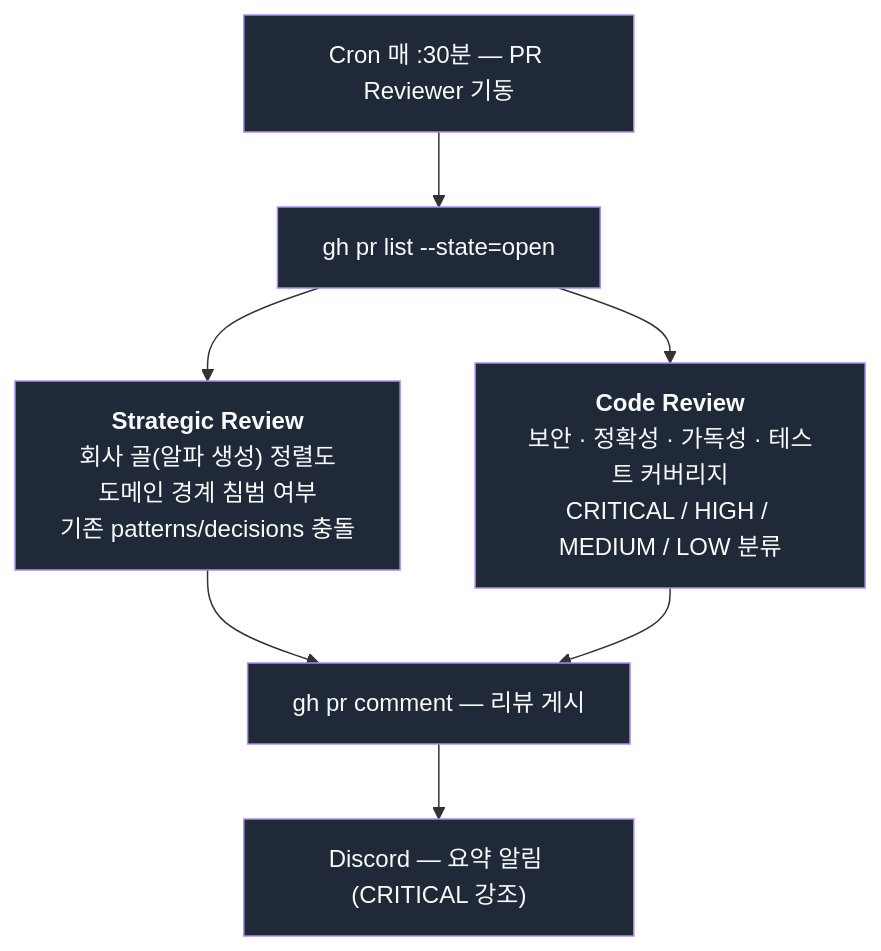
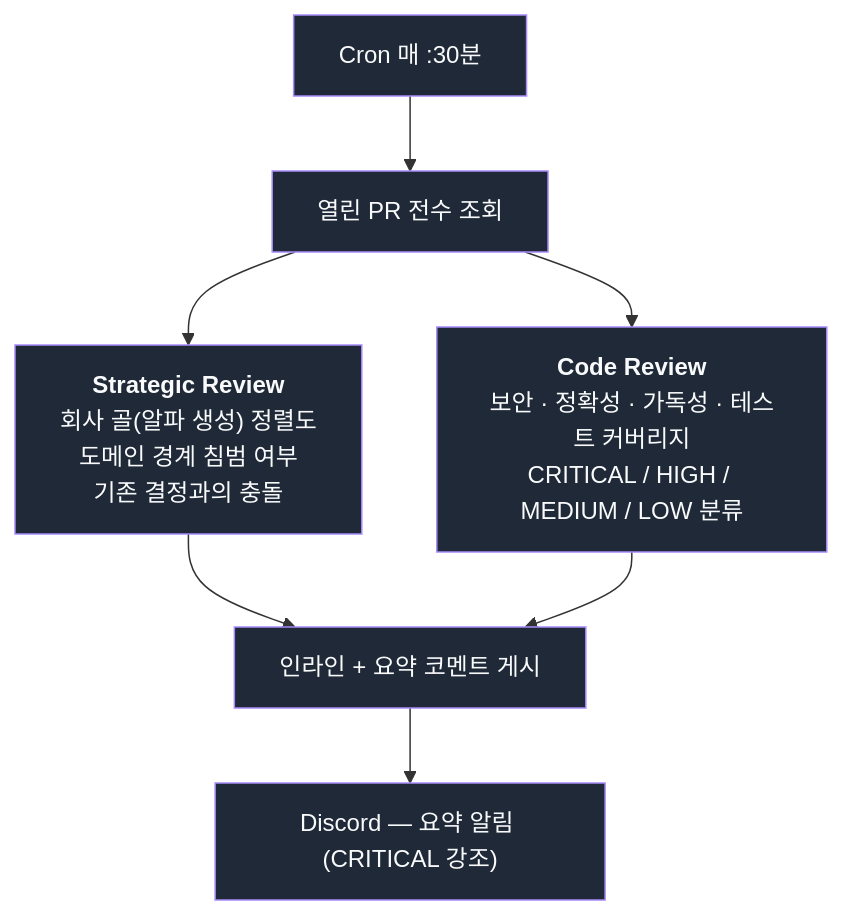
Before and after one commit to sossost/market-analyst-showcase: the second of 2 diagrams in docs/autonomous-operations.md, drawn with Mermaid. The commit also changed other lines of this file and 6 other files, not shown here.

````diff
--- a/docs/autonomous-operations.md
+++ b/docs/autonomous-operations.md
@@ -105,19 +108,19 @@
 ```mermaid
 flowchart TB
-    A["Cron 매 :30분 — PR Reviewer 기동"]
-    B["gh pr list --state=open"]
-    SR["<b>Strategic Review</b><br/>회사 골(알파 생성) 정렬도<br/>도메인 경계 침범 여부<br/>기존 patterns/decisions 충돌"]
+    A["Cron 매 :30분"]
+    B["열린 PR 전수 조회"]
+    SR["<b>Strategic Review</b><br/>회사 골(알파 생성) 정렬도<br/>도메인 경계 침범 여부<br/>기존 결정과의 충돌"]
     CR["<b>Code Review</b><br/>보안 · 정확성 · 가독성 · 테스트 커버리지<br/>CRITICAL / HIGH / MEDIUM / LOW 분류"]
-    P["gh pr comment — 리뷰 게시"]
+    P["인라인 + 요약 코멘트 게시"]
     D["Discord — 요약 알림 (CRITICAL 강조)"]
 
     A --> B
     B --> SR
     B --> CR
     SR --> P
     CR --> P
     P --> D
 
     classDef step fill:#1f2937,stroke:#a78bfa,color:#f9fafb
     class A,B,SR,CR,P,D step
 ```
````
